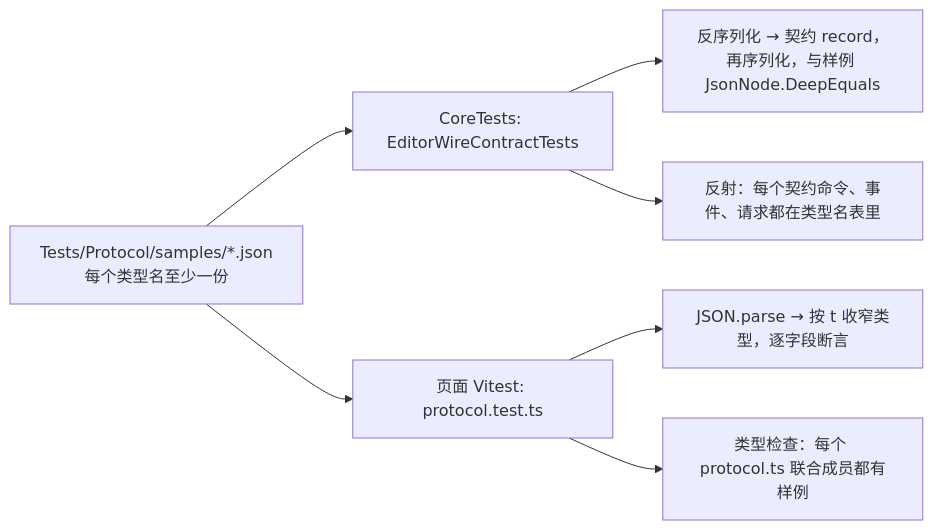
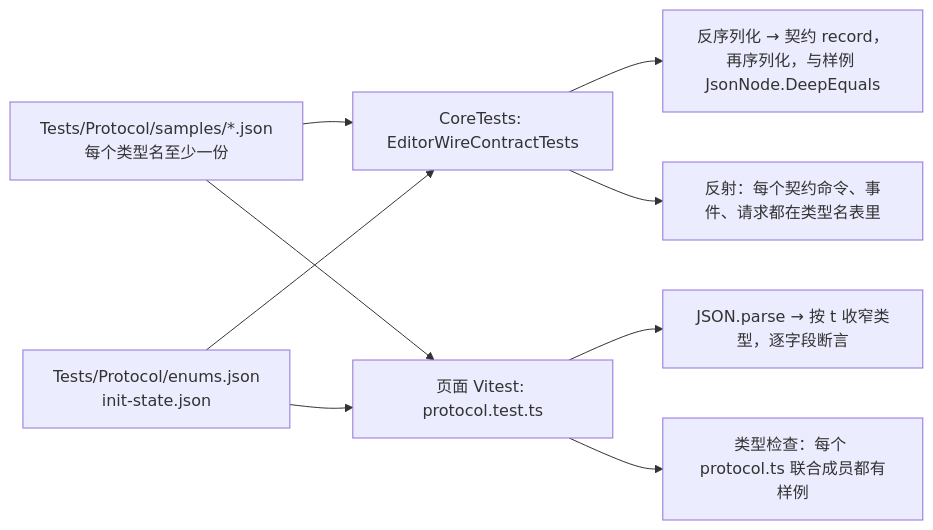
Before and after one commit to awarson2233/Typedown: the seventh of 7 diagrams in docs/editor-protocol.md, drawn with Mermaid. The commit also changed other lines of this file and 1 other file, not shown here.

````diff
--- a/docs/editor-protocol.md
+++ b/docs/editor-protocol.md
@@ -322,9 +325,11 @@
 ```mermaid
 flowchart LR
     Samples["Tests/Protocol/samples/*.json<br/>每个类型名至少一份"] --> Cs["CoreTests: EditorWireContractTests"]
     Samples --> Ts["页面 Vitest: protocol.test.ts"]
     Cs --> C1["反序列化 → 契约 record，再序列化，与样例 JsonNode.DeepEquals"]
     Cs --> C2["反射：每个契约命令、事件、请求都在类型名表里"]
+    Shared["Tests/Protocol/enums.json<br/>init-state.json"] --> Cs
+    Shared --> Ts
     Ts --> T1["JSON.parse → 按 t 收窄类型，逐字段断言"]
     Ts --> T2["类型检查：每个 protocol.ts 联合成员都有样例"]
 ```
````
